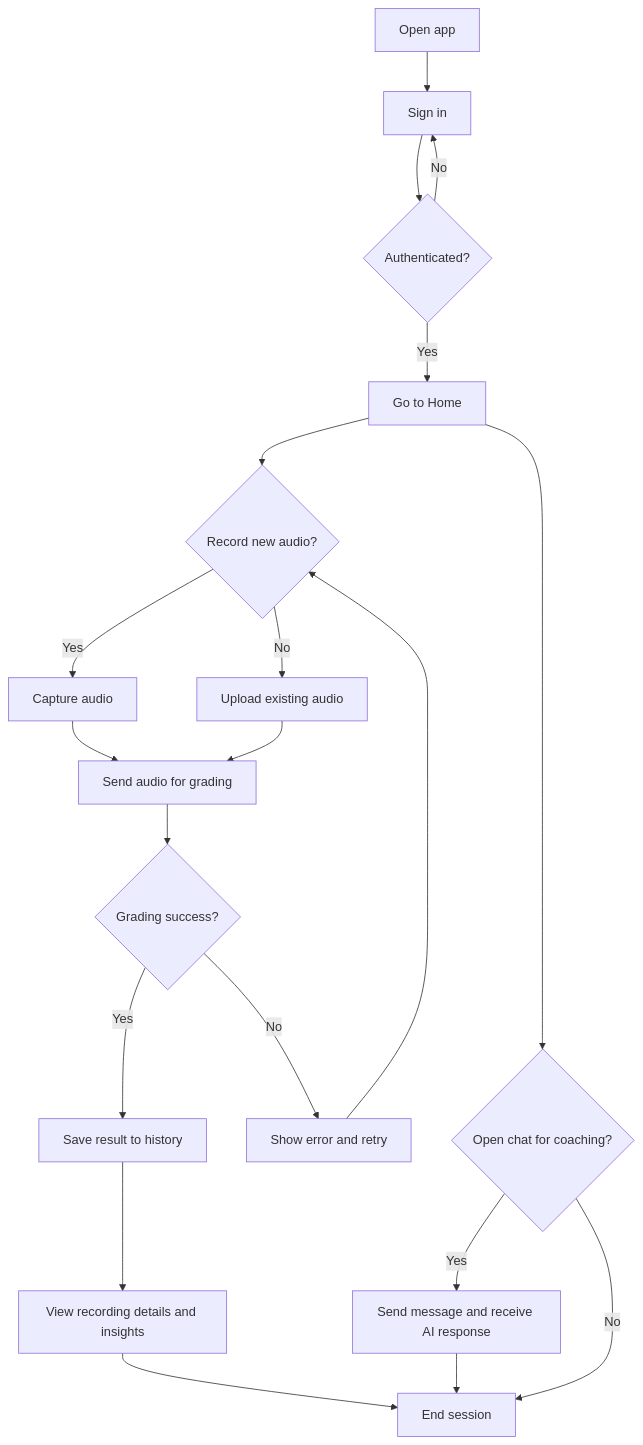
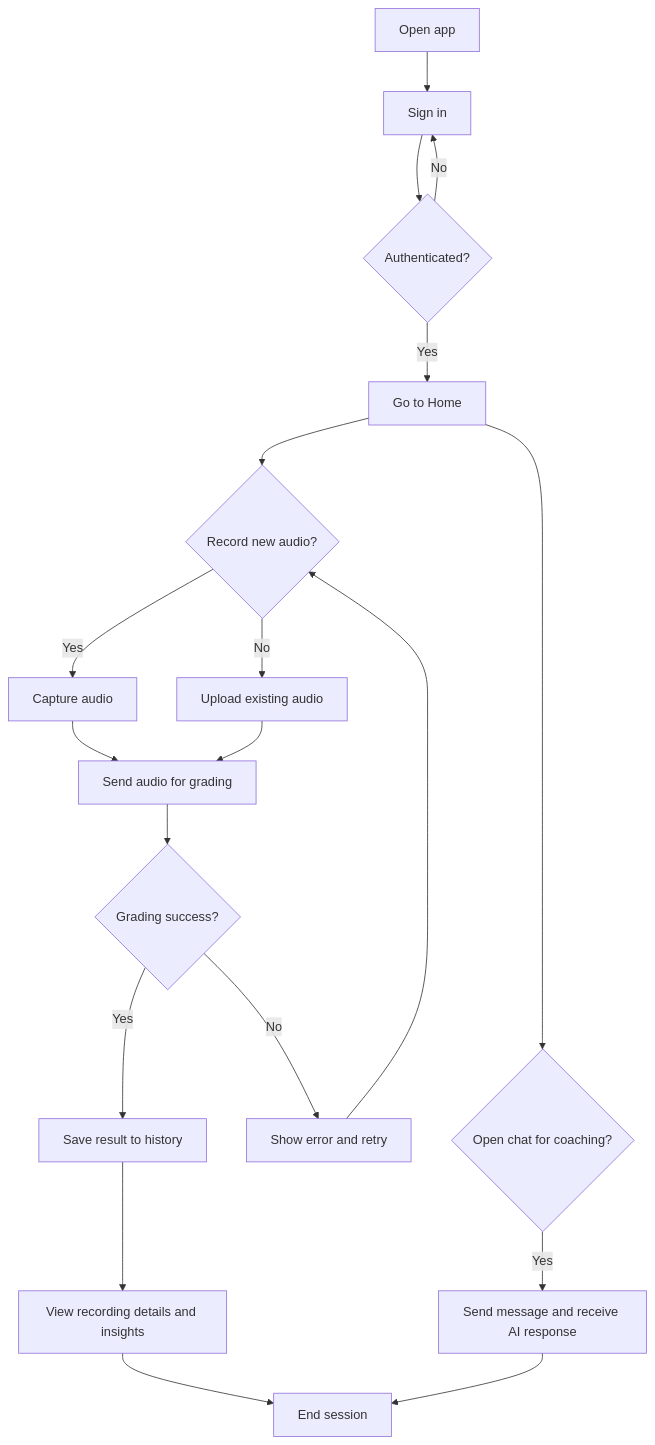
Before and after one commit to d00375828/SeniorProject: the first of 4 diagrams in docs/core-diagrams.md, drawn with Mermaid.

````diff
--- a/docs/core-diagrams.md
+++ b/docs/core-diagrams.md
@@ -5,30 +5,29 @@
 ```mermaid
 flowchart TD
     A[Open app] --> B[Sign in]
     B --> C{Authenticated?}
     C -- Yes --> D[Go to Home]
     C -- No --> B
 
     %% Two main paths from Home
     D --> E{Record new audio?}
     D --> F{Open chat for coaching?}
 
     %% Recording path
     E -- Yes --> G[Capture audio]
     E -- No --> H[Upload existing audio]
     G --> J[Send audio for grading]
     H --> J
 
     J --> K{Grading success?}
     K -- Yes --> L[Save result to history]
     K -- No --> M[Show error and retry]
     M --> E
 
     L --> N[View recording details and insights]
     N --> O[End session]
 
     %% Chat path
     F -- Yes --> I[Send message and receive AI response]
-    F -- No --> O
     I --> O
 ```
````
